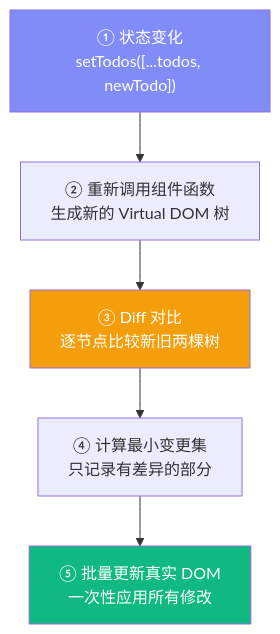
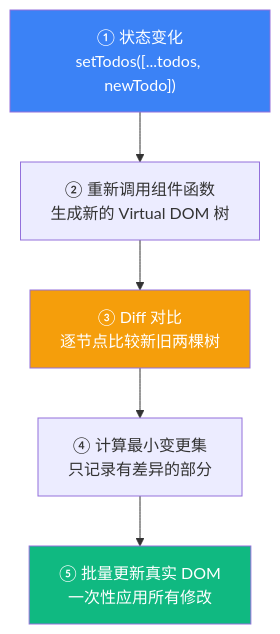
One commit to boltguo/react_learn changed the fifth of 8 diagrams in docs/Lesson_01.md. Above: the diagram before and after it, drawn with Mermaid. The commit also changed other lines of this file and 31 other files, not shown here.

Commit message:
docs: 统一Mermaid术语与配色层级

````diff
--- a/docs/Lesson_01.md
+++ b/docs/Lesson_01.md
@@ -391,12 +403,12 @@
 ```mermaid
 flowchart TD
     A["① 状态变化<br/>setTodos([...todos, newTodo])"] 
     --> B["② 重新调用组件函数<br/>生成新的 Virtual DOM 树"]
     --> C["③ Diff 对比<br/>逐节点比较新旧两棵树"]
     --> D["④ 计算最小变更集<br/>只记录有差异的部分"]
     --> E["⑤ 批量更新真实 DOM<br/>一次性应用所有修改"]
 
-    style A fill:#818cf8,color:#fff
+    style A fill:#3b82f6,color:#fff
     style C fill:#f59e0b,color:#fff
     style E fill:#10b981,color:#fff
 ```
````
